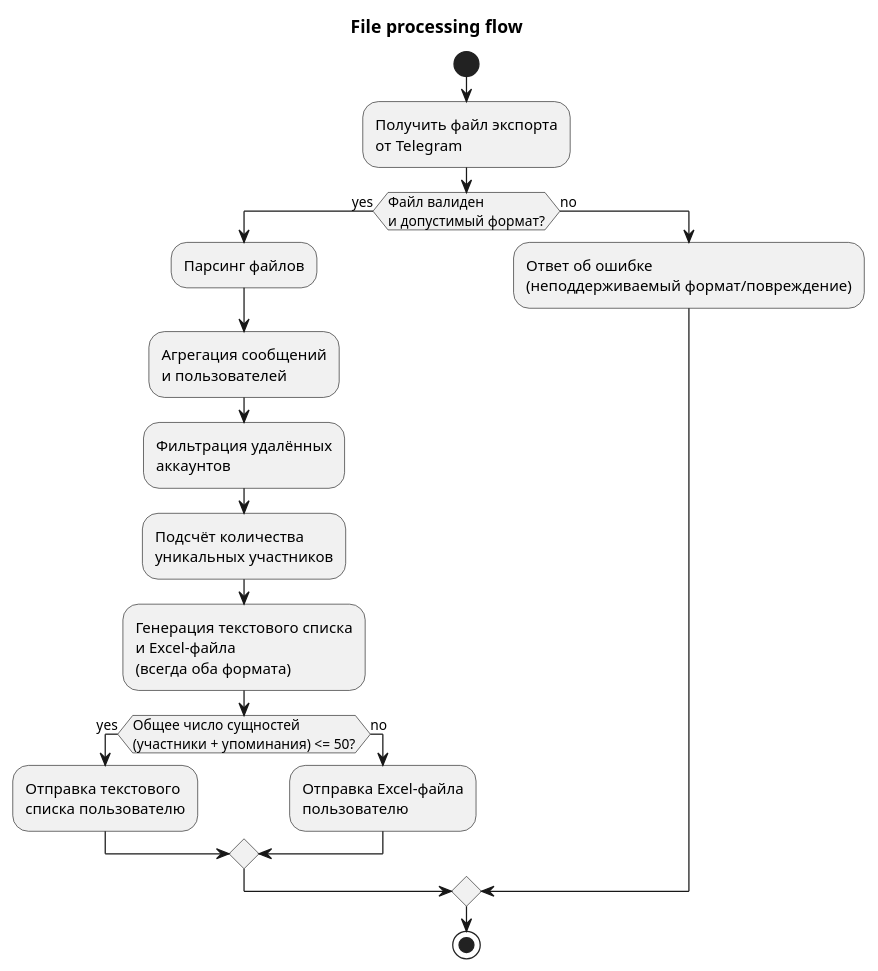
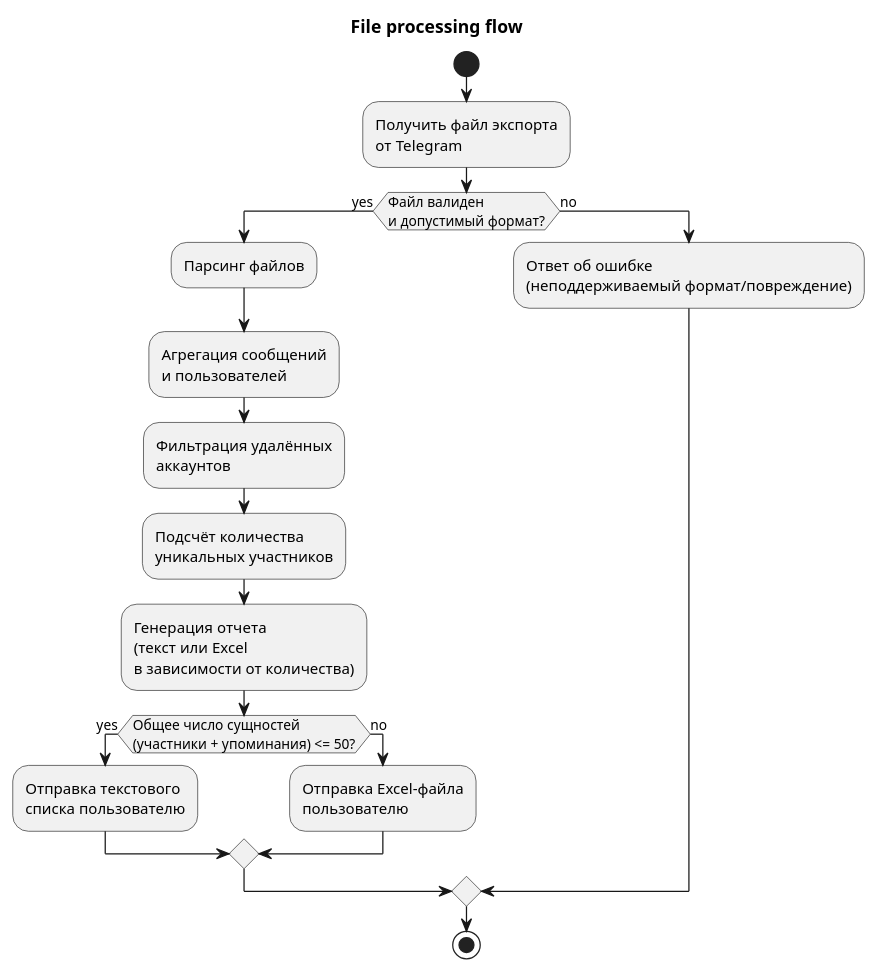
The diagram in docs/diagrams/flowchart.puml (vspochernin/chatlas), drawn with PlantUML before and after one commit. The commit also changed 13 other files, not shown here.

```diff
--- a/docs/diagrams/flowchart.puml
+++ b/docs/diagrams/flowchart.puml
@@ -1,23 +1,23 @@
 @startuml flowchart
 title File processing flow
 
 start
 
 :Получить файл экспорта\nот Telegram;
 if (Файл валиден\nи допустимый формат?) then (yes)
     :Парсинг файлов;
     :Агрегация сообщений\nи пользователей;
     :Фильтрация удалённых\nаккаунтов;
     :Подсчёт количества\nуникальных участников;
-    :Генерация текстового списка\nи Excel-файла\n(всегда оба формата);
+    :Генерация отчета\n(текст или Excel\nв зависимости от количества);
     if (Общее число сущностей\n(участники + упоминания) <= 50?) then (yes)
       :Отправка текстового\nсписка пользователю;
     else (no)
       :Отправка Excel-файла\nпользователю;
     endif
 else (no)
   :Ответ об ошибке\n(неподдерживаемый формат/повреждение);
 endif
 
 stop
 @enduml
```
